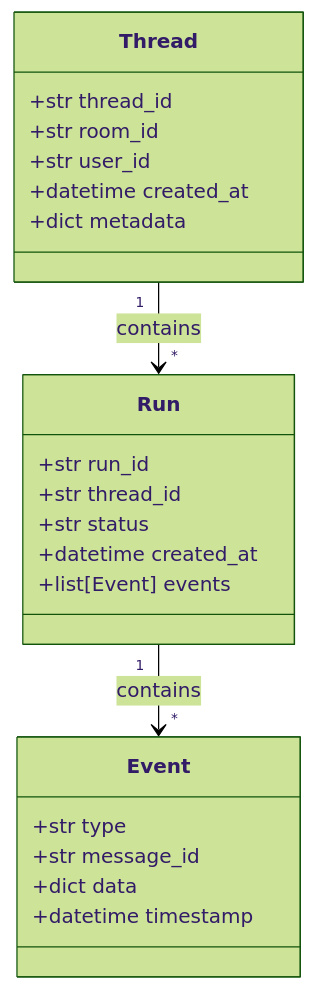
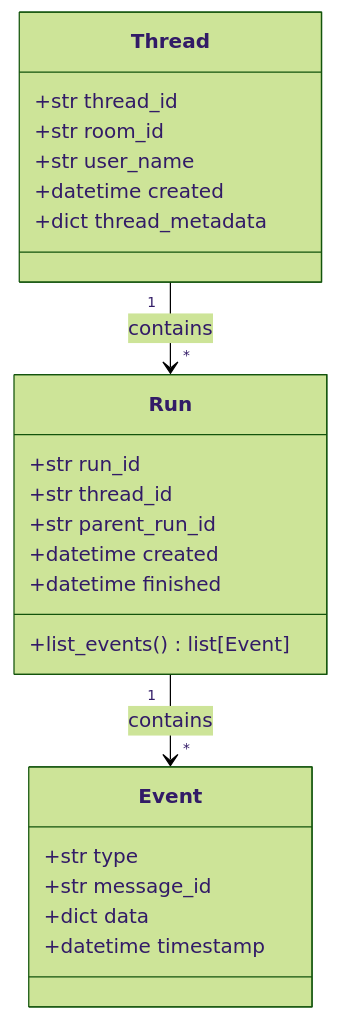
The fourth of 9 diagrams in docsV2/developer-guide/architecture.md (soliplex/soliplex), drawn with Mermaid (forest theme) before and after one commit. The commit also changed other lines of this file, not shown here.

Commit message:
docs: fix architecture documentation accuracy
- Change HTTP client from dio to http (actual dependency)
- Add /v1 prefix to API endpoint path
- Fix Thread fields: user_id->user_name, created_at->created
- Fix Run fields: remove status, add parent_run_id and finished
- Fix Installation.environment: list->dict
- Fix RoomConfig fields: agent->agent_config, tools->tool_configs

````diff
--- a/docsV2/developer-guide/architecture.md
+++ b/docsV2/developer-guide/architecture.md
@@ -138,28 +138,29 @@
 ```mermaid
 classDiagram
     class Thread {
         +str thread_id
         +str room_id
-        +str user_id
-        +datetime created_at
-        +dict metadata
+        +str user_name
+        +datetime created
+        +dict thread_metadata
     }
 
     class Run {
         +str run_id
         +str thread_id
-        +str status
-        +datetime created_at
-        +list[Event] events
+        +str parent_run_id
+        +datetime created
+        +datetime finished
+        +list_events() list[Event]
     }
 
     class Event {
         +str type
         +str message_id
         +dict data
         +datetime timestamp
     }
 
     Thread "1" --> "*" Run : contains
     Run "1" --> "*" Event : contains
 ```
````
